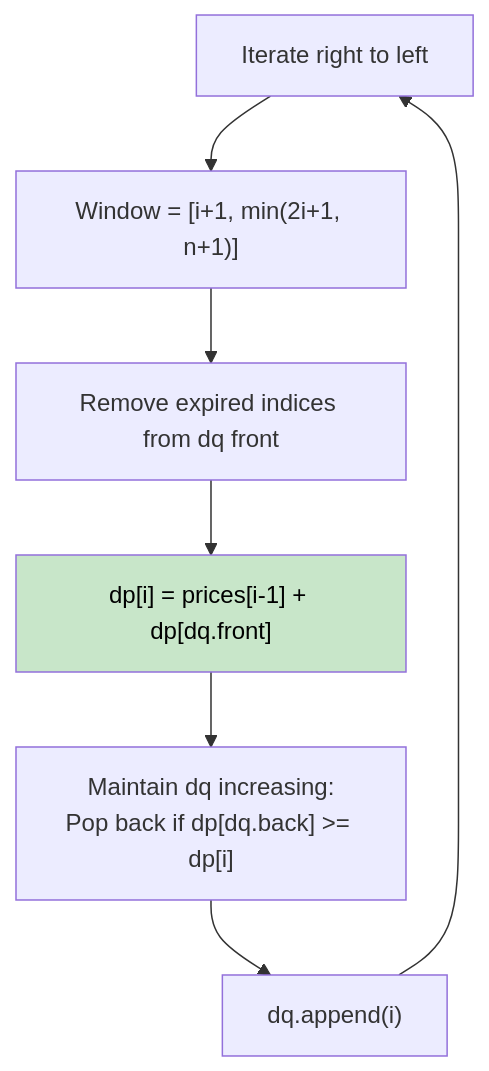
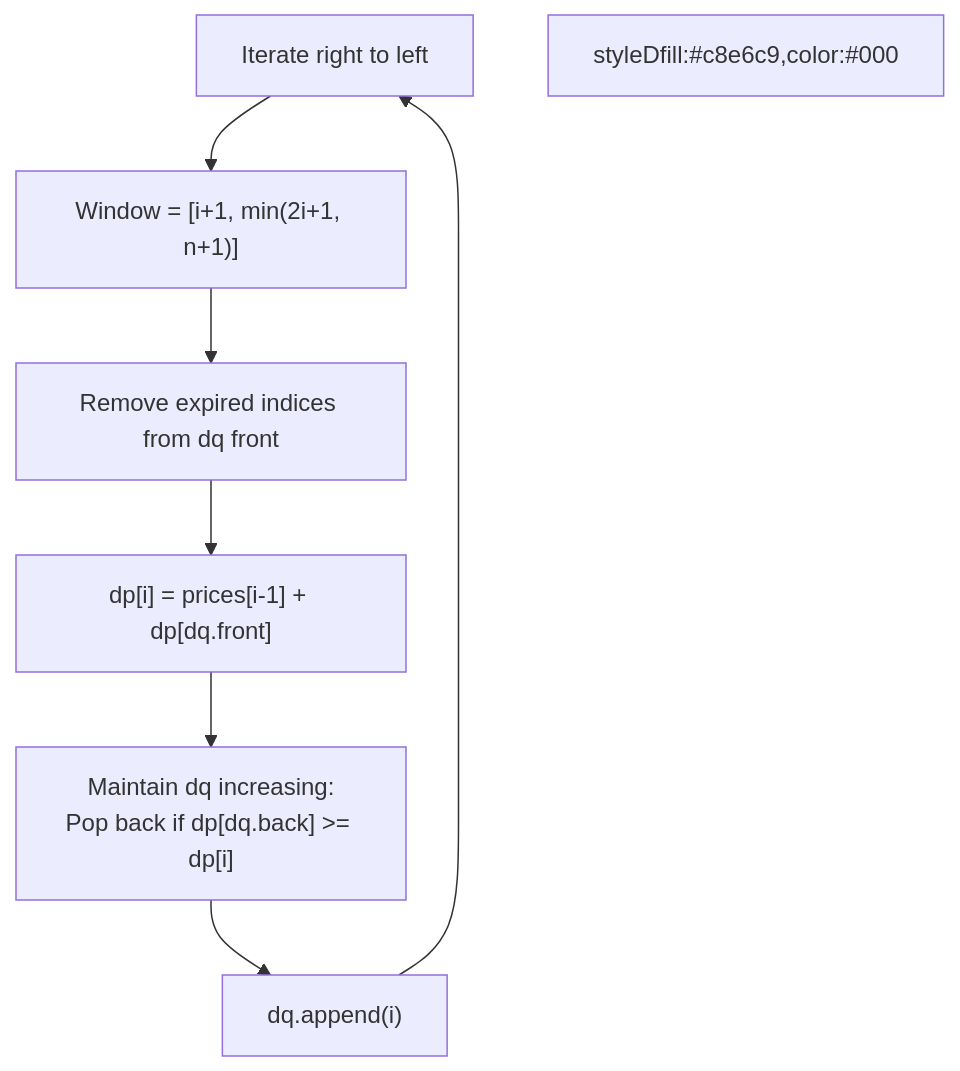
One commit to vadde/DSA changed the diagram in 33 - Monotonic Queue Pattern/problem_06_min_coins_fruits_walkthrough.md. Above: the diagram before and after it, drawn with Mermaid. The commit also changed 245 other files, not shown here.

First line of the commit message:
fix: Forensic fix of all Mermaid rendering issues across entire DSA repo + add pre-commit validation infrastructure

````diff
--- a/33 - Monotonic Queue Pattern/problem_06_min_coins_fruits_walkthrough.md
+++ b/33 - Monotonic Queue Pattern/problem_06_min_coins_fruits_walkthrough.md
@@ -31,11 +31,11 @@
 ```mermaid
 flowchart TD
     A["Iterate right to left"] --> B["Window = [i+1, min(2i+1, n+1)]"]
     B --> C["Remove expired indices from dq front"]
     C --> D["dp[i] = prices[i-1] + dp[dq.front]"]
     D --> E["Maintain dq increasing:\nPop back if dp[dq.back] >= dp[i]"]
     E --> F["dq.append(i)"]
     F --> A
-    
-    style D fill:#c8e6c9,color:#000
+
+styleDfill:#c8e6c9,color:#000
 ```
````
